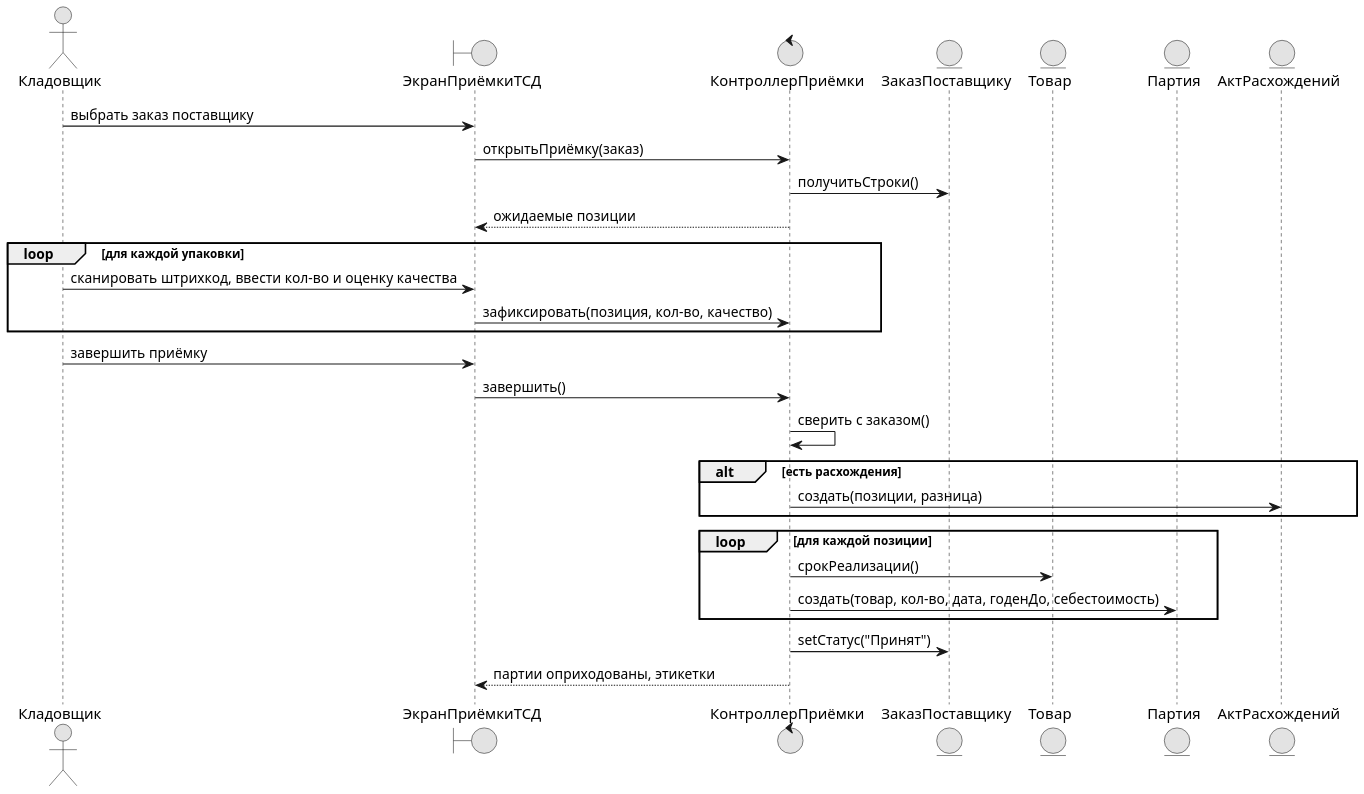
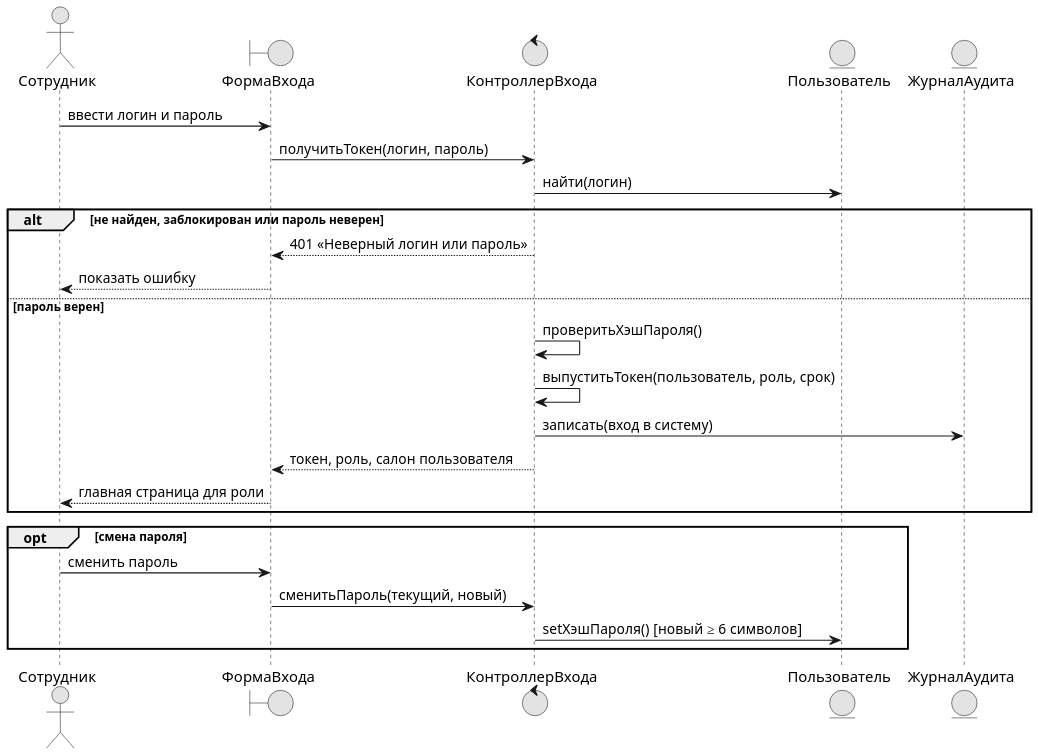
One commit to DarkSwordman999/flower-demand-planning changed the diagram in diagrams/uml_seq_0.puml. Above: the diagram before and after it, drawn with PlantUML. The commit also changed 69 other files, not shown here.

Commit message:
ПР 7-8 пересобран: диаграммы взаимодействия по всем вариантам использования, классы, состояния, компоненты и развёртывание

```diff
--- a/diagrams/uml_seq_0.puml
+++ b/diagrams/uml_seq_0.puml
@@ -1,34 +1,30 @@
 @startuml
 !pragma layout smetana
 skinparam dpi 150
 skinparam defaultFontName Arial
 skinparam shadowing false
 skinparam monochrome true
-actor "Кладовщик" as KL
-boundary "ЭкранПриёмкиТСД" as UI
-control "КонтроллерПриёмки" as C
-entity "ЗаказПоставщику" as Z
-entity "Товар" as T
-entity "Партия" as P
-entity "АктРасхождений" as A
-KL -> UI : выбрать заказ поставщику
-UI -> C : открытьПриёмку(заказ)
-C -> Z : получитьСтроки()
-C --> UI : ожидаемые позиции
-loop для каждой упаковки
-  KL -> UI : сканировать штрихкод, ввести кол-во и оценку качества
-  UI -> C : зафиксировать(позиция, кол-во, качество)
+actor "Сотрудник" as U
+boundary "ФормаВхода" as UI
+control "КонтроллерВхода" as C
+entity "Пользователь" as E
+entity "ЖурналАудита" as AU
+U -> UI : ввести логин и пароль
+UI -> C : получитьТокен(логин, пароль)
+C -> E : найти(логин)
+alt не найден, заблокирован или пароль неверен
+  C --> UI : 401 «Неверный логин или пароль»
+  UI --> U : показать ошибку
+else пароль верен
+  C -> C : проверитьХэшПароля()
+  C -> C : выпуститьТокен(пользователь, роль, срок)
+  C -> AU : записать(вход в систему)
+  C --> UI : токен, роль, салон пользователя
+  UI --> U : главная страница для роли
 end
-KL -> UI : завершить приёмку
-UI -> C : завершить()
-C -> C : сверить с заказом()
-alt есть расхождения
-  C -> A : создать(позиции, разница)
+opt смена пароля
+  U -> UI : сменить пароль
+  UI -> C : сменитьПароль(текущий, новый)
+  C -> E : setХэшПароля() [новый ≥ 6 символов]
 end
-loop для каждой позиции
-  C -> T : срокРеализации()
-  C -> P : создать(товар, кол-во, дата, годенДо, себестоимость)
-end
-C -> Z : setСтатус("Принят")
-C --> UI : партии оприходованы, этикетки
 @enduml
```
